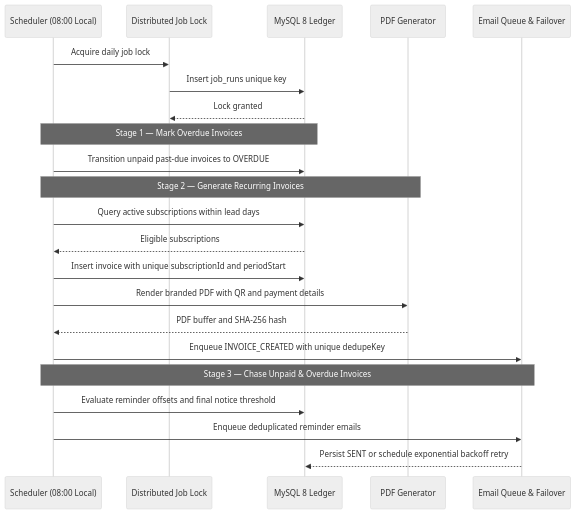
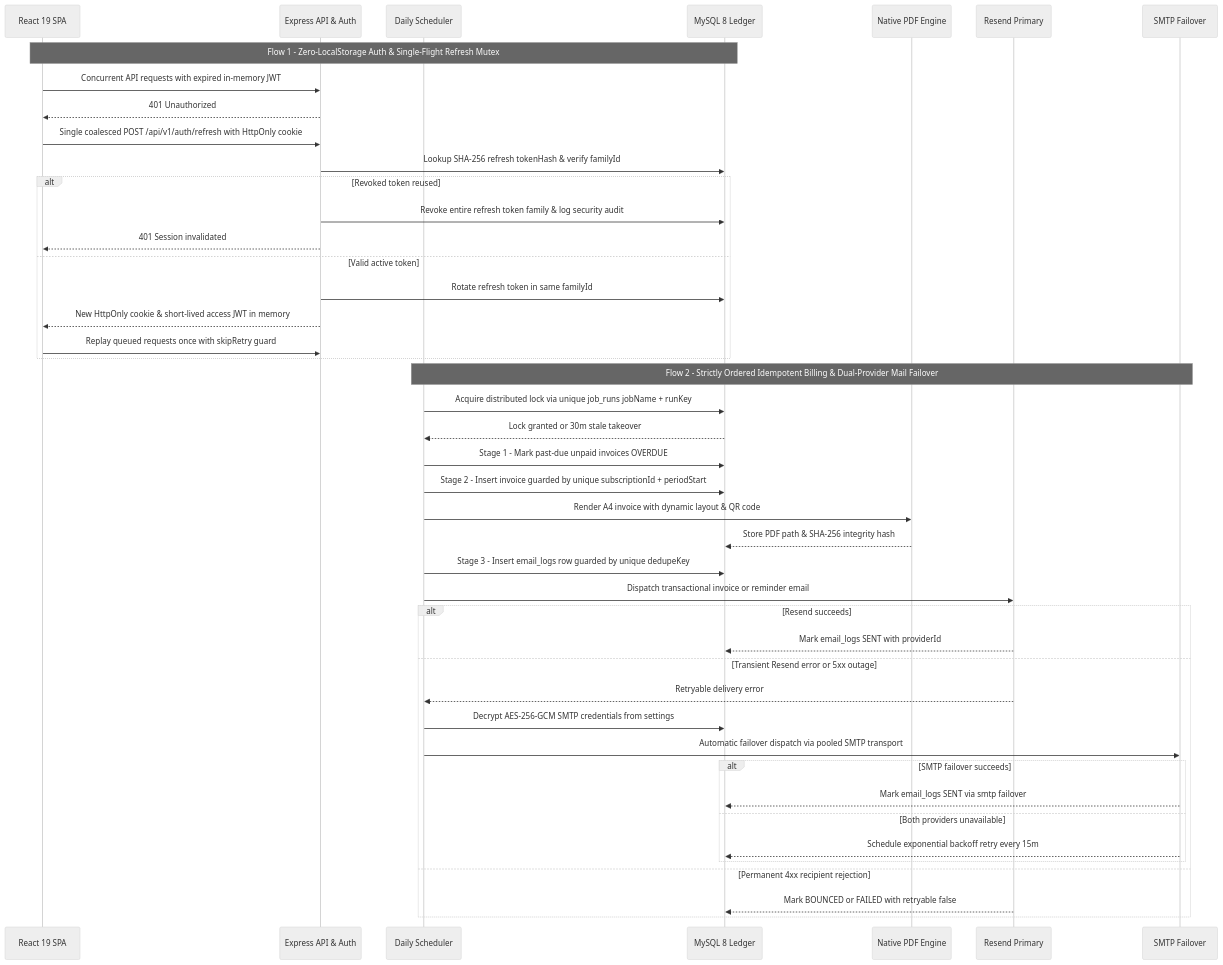
Before and after one commit to theekshana-sudeepa/autobilling: the second of 3 diagrams in README.md, drawn with Mermaid (neutral theme). The commit also changed other lines of this file and 3 other files, not shown here.

Commit message:
docs(readme): add live UI screenshots, idempotent auth/failover sequence diagram, and frontend architecture guide

````diff
--- a/README.md
+++ b/README.md
@@ -71,28 +97,48 @@
 ```mermaid
 sequenceDiagram
-    participant Cron as Scheduler (08:00 Local)
-    participant Lock as Distributed Job Lock
+    participant SPA as React 19 SPA
+    participant API as Express API & Auth
+    participant Cron as Daily Scheduler
     participant DB as MySQL 8 Ledger
-    participant PDF as PDF Generator
-    participant Mail as Email Queue & Failover
+    participant PDF as Native PDF Engine
+    participant Resend as Resend Primary
+    participant SMTP as SMTP Failover
 
-    Cron->>Lock: Acquire daily job lock
-    Lock->>DB: Insert job_runs unique key
-    DB-->>Lock: Lock granted
+    Note over SPA,DB: Flow 1 - Zero-LocalStorage Auth & Single-Flight Refresh Mutex
+    SPA->>API: Concurrent API requests with expired in-memory JWT
+    API-->>SPA: 401 Unauthorized
+    SPA->>API: Single coalesced POST /api/v1/auth/refresh with HttpOnly cookie
+    API->>DB: Lookup SHA-256 refresh tokenHash & verify familyId
+    alt Revoked token reused
+        API->>DB: Revoke entire refresh token family & log security audit
+        API-->>SPA: 401 Session invalidated
+    else Valid active token
+        API->>DB: Rotate refresh token in same familyId
+        API-->>SPA: New HttpOnly cookie & short-lived access JWT in memory
+        SPA->>API: Replay queued requests once with skipRetry guard
+    end
 
-    Note over Cron,DB: Stage 1 — Mark Overdue Invoices
-    Cron->>DB: Transition unpaid past-due invoices to OVERDUE
-
-    Note over Cron,PDF: Stage 2 — Generate Recurring Invoices
-    Cron->>DB: Query active subscriptions within lead days
-    DB-->>Cron: Eligible subscriptions
-    Cron->>DB: Insert invoice with unique subscriptionId and periodStart
-    Cron->>PDF: Render branded PDF with QR and payment details
-    PDF-->>Cron: PDF buffer and SHA-256 hash
-    Cron->>Mail: Enqueue INVOICE_CREATED with unique dedupeKey
-
-    Note over Cron,Mail: Stage 3 — Chase Unpaid & Overdue Invoices
-    Cron->>DB: Evaluate reminder offsets and final notice threshold
-    Cron->>Mail: Enqueue deduplicated reminder emails
-    Mail-->>DB: Persist SENT or schedule exponential backoff retry
+    Note over Cron,SMTP: Flow 2 - Strictly Ordered Idempotent Billing & Dual-Provider Mail Failover
+    Cron->>DB: Acquire distributed lock via unique job_runs jobName + runKey
+    DB-->>Cron: Lock granted or 30m stale takeover
+    Cron->>DB: Stage 1 - Mark past-due unpaid invoices OVERDUE
+    Cron->>DB: Stage 2 - Insert invoice guarded by unique subscriptionId + periodStart
+    Cron->>PDF: Render A4 invoice with dynamic layout & QR code
+    PDF-->>DB: Store PDF path & SHA-256 integrity hash
+    Cron->>DB: Stage 3 - Insert email_logs row guarded by unique dedupeKey
+    Cron->>Resend: Dispatch transactional invoice or reminder email
+    alt Resend succeeds
+        Resend-->>DB: Mark email_logs SENT with providerId
+    else Transient Resend error or 5xx outage
+        Resend-->>Cron: Retryable delivery error
+        Cron->>DB: Decrypt AES-256-GCM SMTP credentials from settings
+        Cron->>SMTP: Automatic failover dispatch via pooled SMTP transport
+        alt SMTP failover succeeds
+            SMTP-->>DB: Mark email_logs SENT via smtp failover
+        else Both providers unavailable
+            SMTP-->>DB: Schedule exponential backoff retry every 15m
+        end
+    else Permanent 4xx recipient rejection
+        Resend-->>DB: Mark BOUNCED or FAILED with retryable false
+    end
 ```
````
